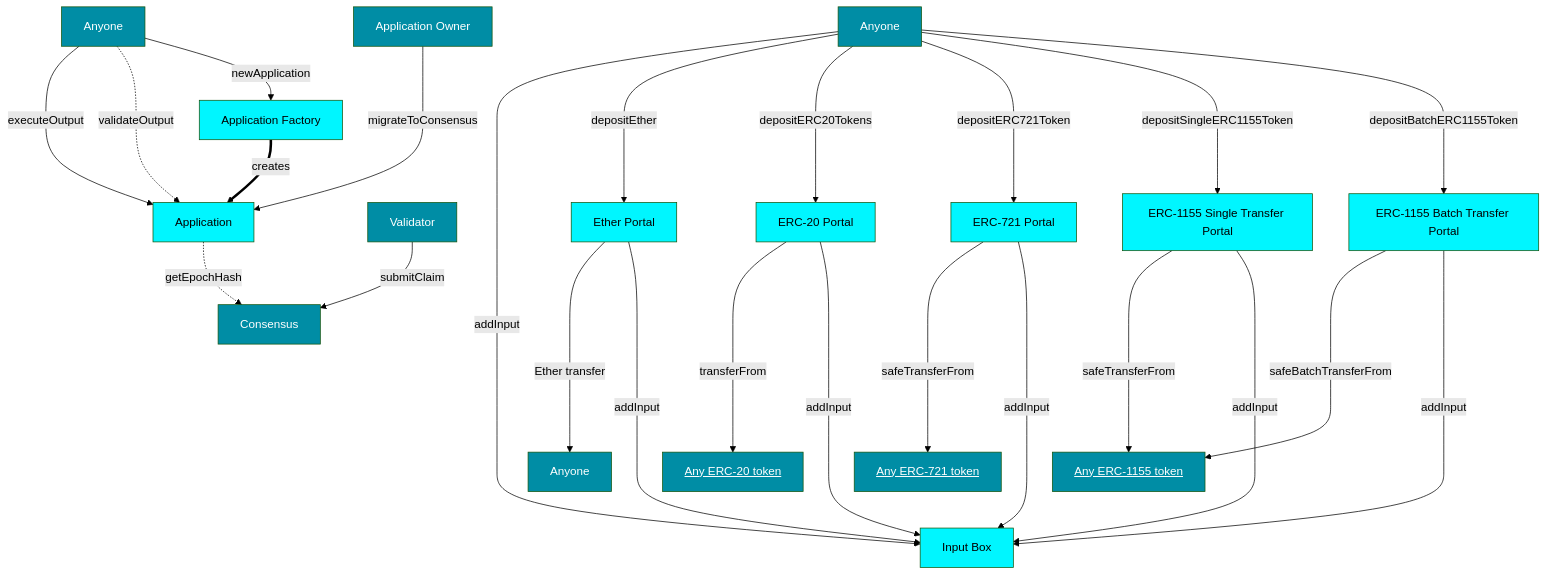
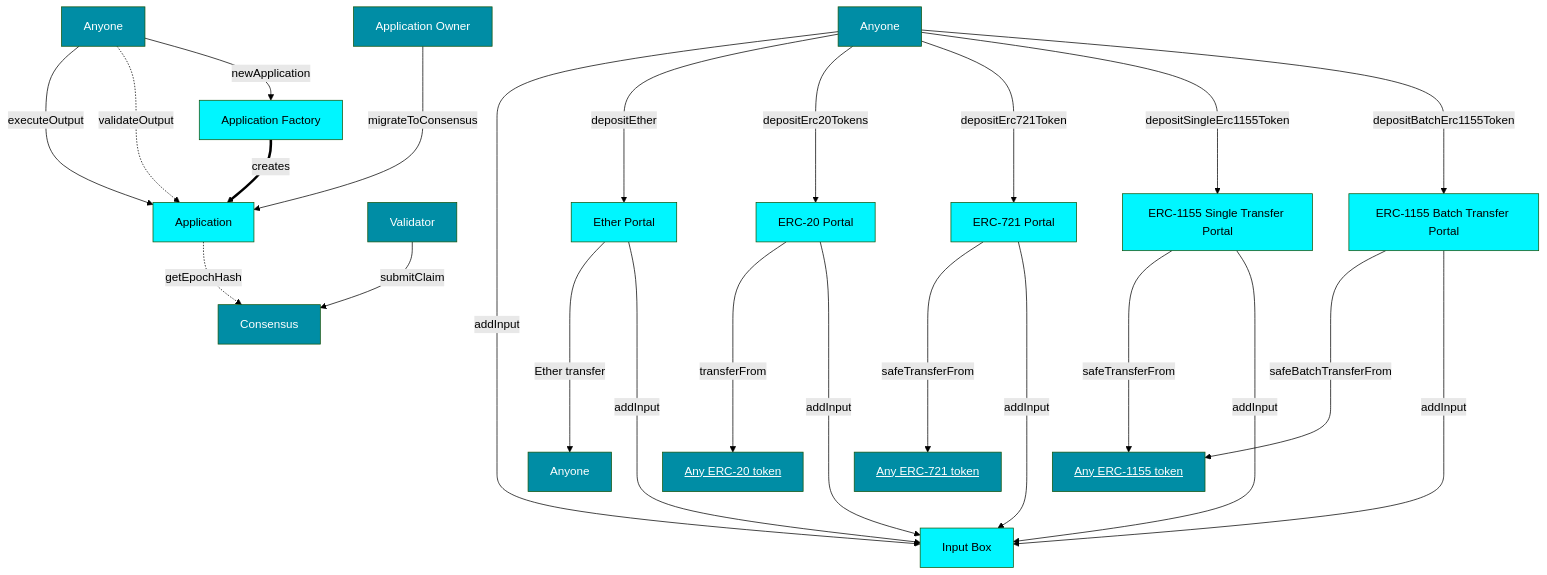
Before and after one commit to cartesi/rollups-contracts: the diagram in docs/contracts.md, drawn with Mermaid (forest theme). The commit also changed 34 other files, not shown here.

````diff
--- a/docs/contracts.md
+++ b/docs/contracts.md
@@ -9,54 +9,54 @@
 ```mermaid
 graph TD
     classDef core fill:#00F6FF,color:#000
     classDef external fill:#008DA5,color:#fff
     classDef hasLink text-decoration: underline
 
     InputBox[Input Box]:::core
     Application:::core
     ApplicationFactory[Application Factory]:::core
     Validator:::external
     EtherPortal[Ether Portal]:::core
-    ERC20Portal[ERC-20 Portal]:::core
-    ERC721Portal[ERC-721 Portal]:::core
-    ERC1155SinglePortal[ERC-1155 Single Transfer Portal]:::core
-    ERC1155BatchPortal[ERC-1155 Batch Transfer Portal]:::core
+    Erc20Portal[ERC-20 Portal]:::core
+    Erc721Portal[ERC-721 Portal]:::core
+    Erc1155SinglePortal[ERC-1155 Single Transfer Portal]:::core
+    Erc1155BatchPortal[ERC-1155 Batch Transfer Portal]:::core
     Consensus:::external
 
-    ERC20[Any ERC-20 token]:::external
-    ERC721[Any ERC-721 token]:::external
-    ERC1155[Any ERC-1155 token]:::external
+    Erc20[Any ERC-20 token]:::external
+    Erc721[Any ERC-721 token]:::external
+    Erc1155[Any ERC-1155 token]:::external
     ApplicationOwner[Application Owner]:::external
     Anyone1[Anyone]:::external
     Anyone2[Anyone]:::external
     Anyone3[Anyone]:::external
 
     Anyone1 -- executeOutput --> Application
     Anyone1 -. validateOutput .-> Application
     Anyone1 -- newApplication --> ApplicationFactory
     ApplicationOwner -- migrateToConsensus ---> Application
     Validator -- submitClaim --> Consensus
     Application -. getEpochHash .-> Consensus
     ApplicationFactory == creates ==> Application
     Anyone2 -- addInput -------> InputBox
     Anyone2 -- depositEther ---> EtherPortal
     EtherPortal -- "Ether transfer" ----> Anyone3
     EtherPortal -- addInput -----> InputBox
-    Anyone2 -- depositERC20Tokens ---> ERC20Portal
-    ERC20Portal -- transferFrom ----> ERC20
-    ERC20Portal -- addInput -----> InputBox
-    Anyone2 -- depositERC721Token ---> ERC721Portal
-    ERC721Portal -- safeTransferFrom ----> ERC721
-    ERC721Portal -- addInput -----> InputBox
-    Anyone2 -- depositSingleERC1155Token ---> ERC1155SinglePortal
-    ERC1155SinglePortal -- safeTransferFrom ----> ERC1155
-    ERC1155SinglePortal -- addInput -----> InputBox
-    Anyone2 -- depositBatchERC1155Token ---> ERC1155BatchPortal
-    ERC1155BatchPortal -- safeBatchTransferFrom ----> ERC1155
-    ERC1155BatchPortal -- addInput -----> InputBox
+    Anyone2 -- depositErc20Tokens ---> Erc20Portal
+    Erc20Portal -- transferFrom ----> Erc20
+    Erc20Portal -- addInput -----> InputBox
+    Anyone2 -- depositErc721Token ---> Erc721Portal
+    Erc721Portal -- safeTransferFrom ----> Erc721
+    Erc721Portal -- addInput -----> InputBox
+    Anyone2 -- depositSingleErc1155Token ---> Erc1155SinglePortal
+    Erc1155SinglePortal -- safeTransferFrom ----> Erc1155
+    Erc1155SinglePortal -- addInput -----> InputBox
+    Anyone2 -- depositBatchErc1155Token ---> Erc1155BatchPortal
+    Erc1155BatchPortal -- safeBatchTransferFrom ----> Erc1155
+    Erc1155BatchPortal -- addInput -----> InputBox
 
-    class ERC20,ERC721,ERC1155 hasLink
-    click ERC20 href "https://eips.ethereum.org/EIPS/eip-20"
-    click ERC721 href "https://eips.ethereum.org/EIPS/eip-721"
-    click ERC1155 href "https://eips.ethereum.org/EIPS/eip-1155"
+    class Erc20,Erc721,Erc1155 hasLink
+    click Erc20 href "https://eips.ethereum.org/EIPS/eip-20"
+    click Erc721 href "https://eips.ethereum.org/EIPS/eip-721"
+    click Erc1155 href "https://eips.ethereum.org/EIPS/eip-1155"
 ```
````
